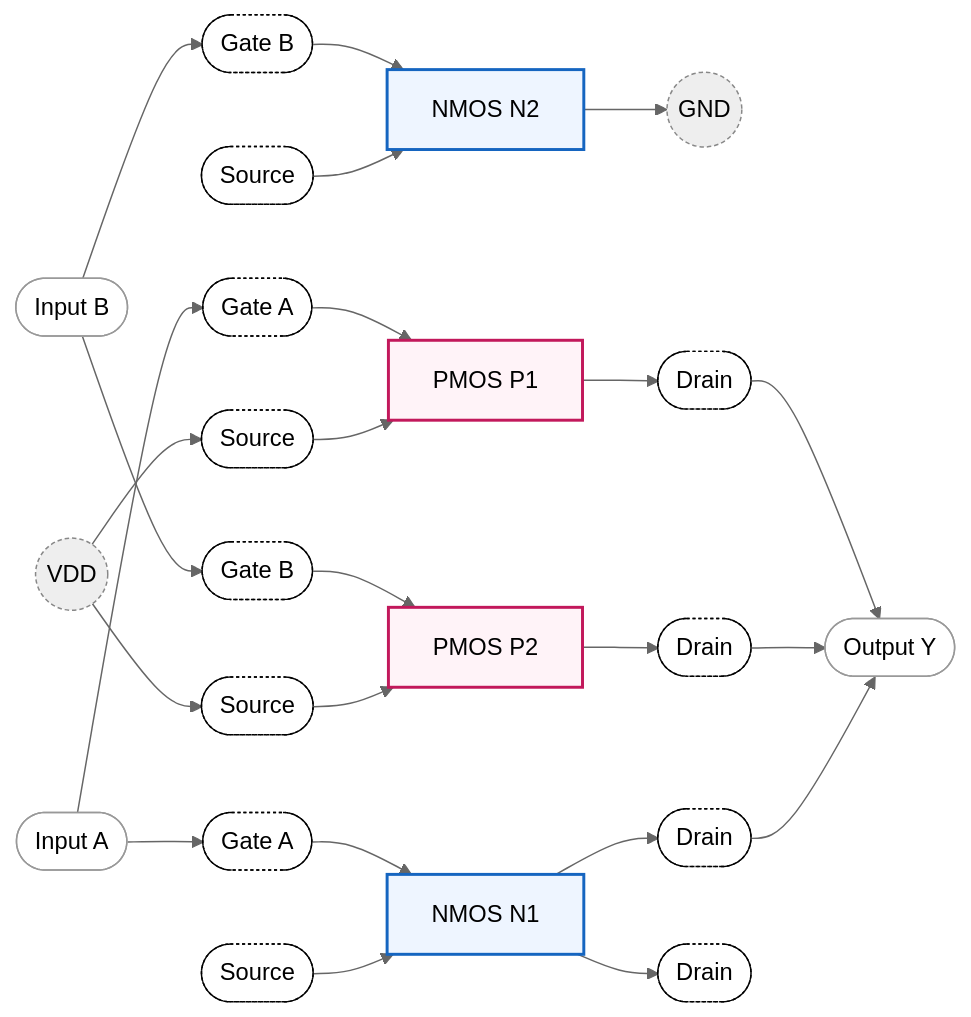
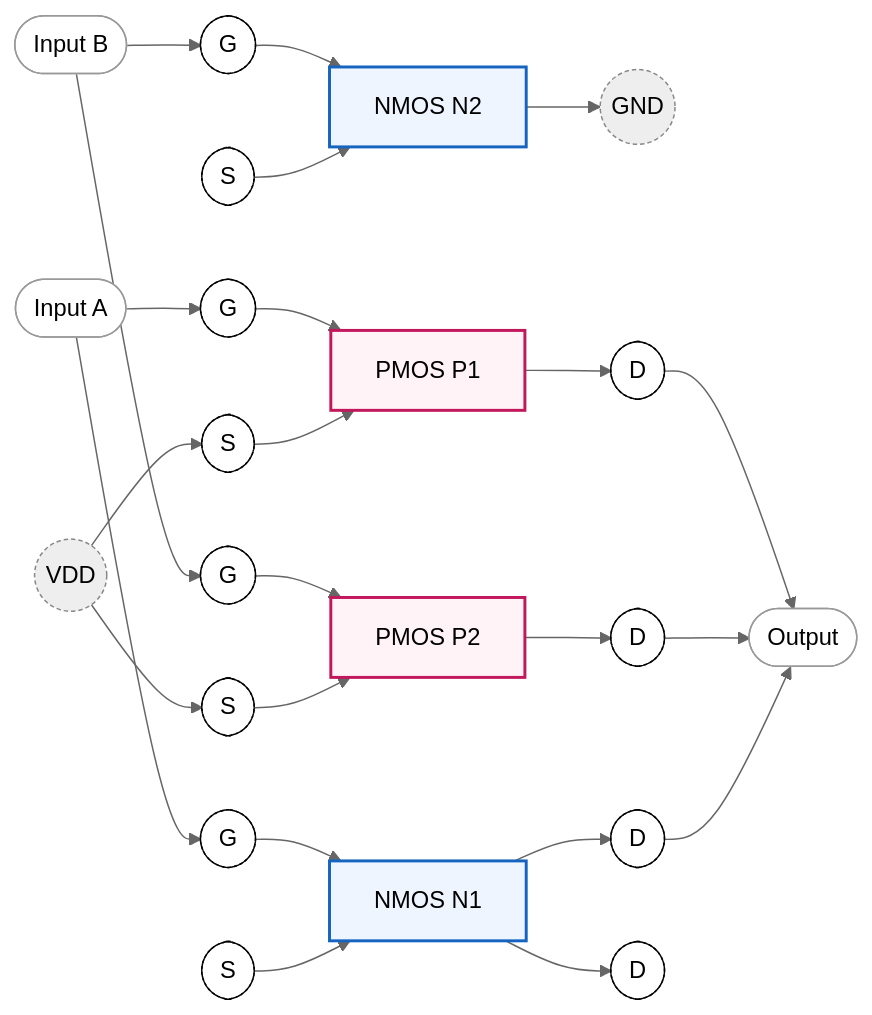
Before and after one commit to Samizo-AITL/Edusemi-v4x: the second of 2 diagrams in chapter2_comb_logic/images/cmos_mermaid.md, drawn with Mermaid (neutral theme). The commit also changed other lines of this file, not shown here.

````diff
--- a/chapter2_comb_logic/images/cmos_mermaid.md
+++ b/chapter2_comb_logic/images/cmos_mermaid.md
@@ -40,54 +40,54 @@
 ```mermaid
 flowchart LR
 classDef pmos fill:#fff3f8,stroke:#c2185b,stroke-width:2px;
 classDef nmos fill:#eef5ff,stroke:#1565c0,stroke-width:2px;
 classDef rail fill:#eeeeee,stroke:#888,stroke-dasharray:3 2;
 classDef term fill:#fff,stroke:#000,stroke-dasharray:2 2;
 classDef net  fill:#ffffff,stroke:#999;
 
+A([Input A]):::net
+B([Input B]):::net
+Y([Output]):::net
 VDD((VDD)):::rail
 GND((GND)):::rail
-A([Input A]):::net
-B([Input B]):::net
-Y([Output Y]):::net
 
 %% PMOS P1
 P1[PMOS P1]:::pmos
-P1G([Gate A]):::term
-P1D([Drain]):::term
-P1S([Source]):::term
+P1G([G]):::term
+P1D([D]):::term
+P1S([S]):::term
 
 %% PMOS P2
 P2[PMOS P2]:::pmos
-P2G([Gate B]):::term
-P2D([Drain]):::term
-P2S([Source]):::term
+P2G([G]):::term
+P2D([D]):::term
+P2S([S]):::term
 
 %% NMOS N1
 N1[NMOS N1]:::nmos
-N1G([Gate A]):::term
-N1D([Drain]):::term
-N1S([Source]):::term
+N1G([G]):::term
+N1D([D]):::term
+N1S([S]):::term
 
 %% NMOS N2
 N2[NMOS N2]:::nmos
-N2G([Gate B]):::term
-N2D([Drain]):::term
-N2S([Source]):::term
+N2G([G]):::term
+N2D([D]):::term
+N2S([S]):::term
 
 %% Connectivity PMOS (parallel)
 A --> P1G --> P1
 VDD --> P1S --> P1
 P1 --> P1D --> Y
 
 B --> P2G --> P2
 VDD --> P2S --> P2
 P2 --> P2D --> Y
 
 %% Connectivity NMOS (series)
 A --> N1G --> N1
 N1 --> N1D --> Y
 N1S --> N1 --> N2D
 B --> N2G --> N2
 N2S --> N2 --> GND
 ```
````
